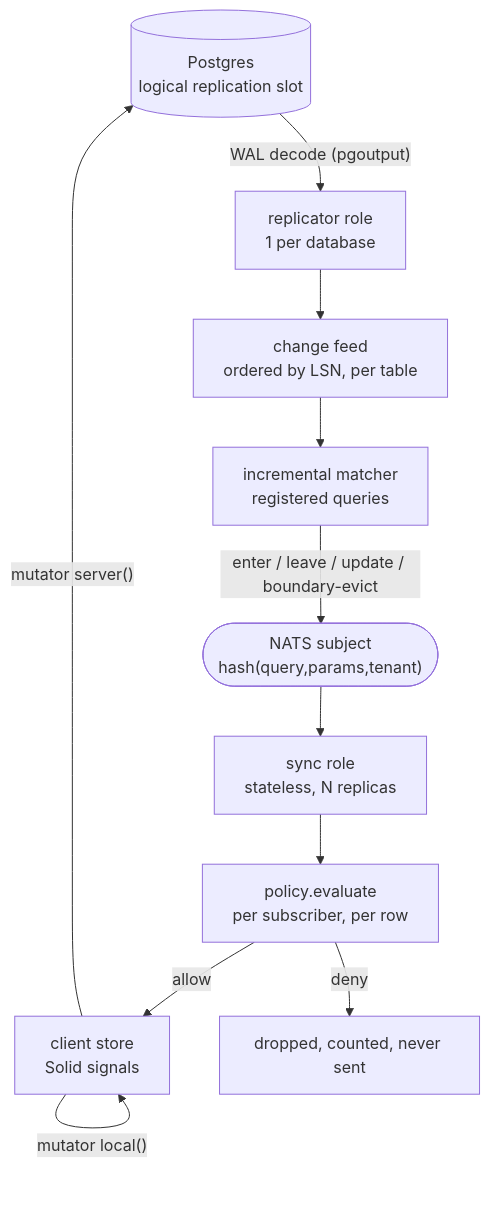
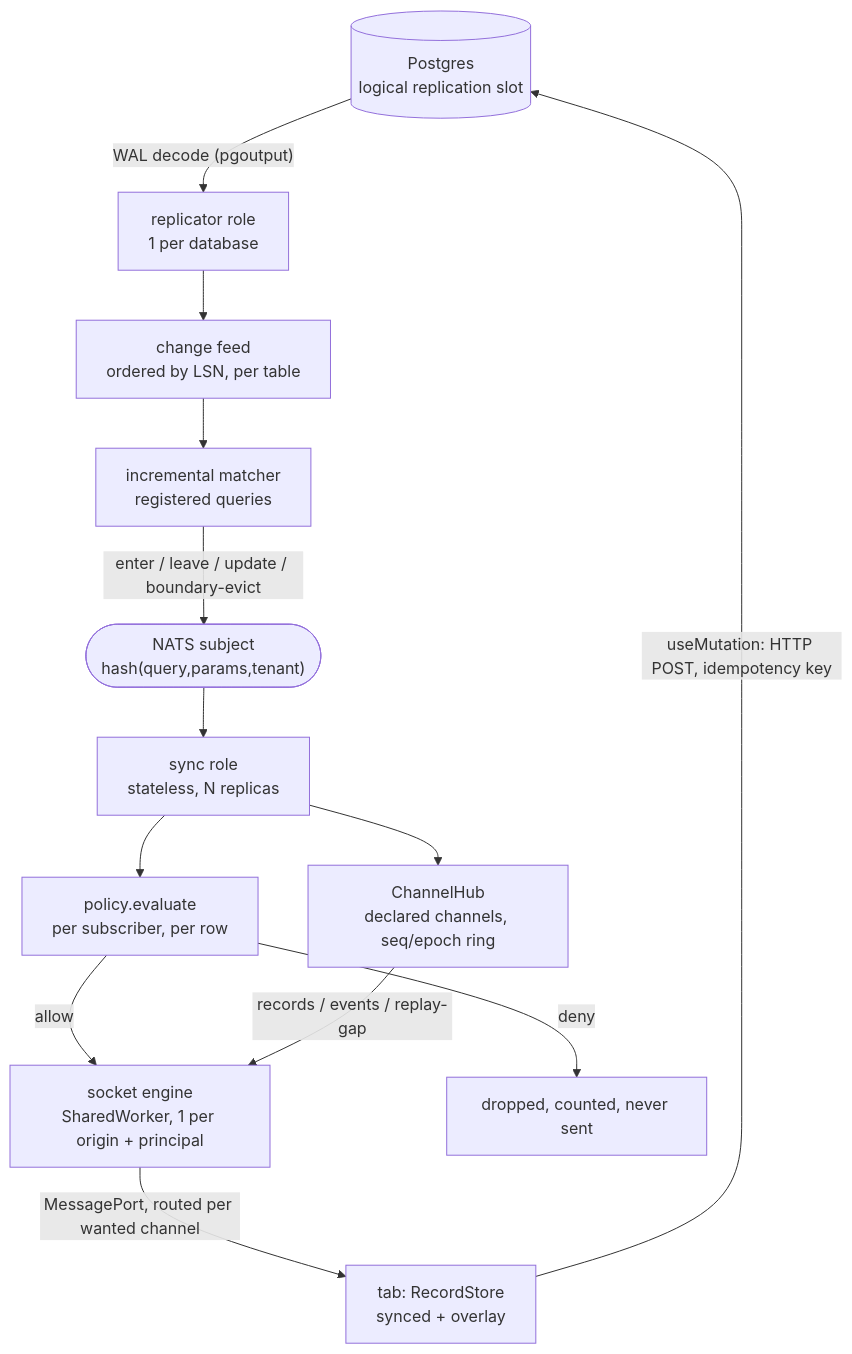
The diagram in docs/architecture/07-realtime-internals.md (developerz-ai/ultimate), drawn with Mermaid before and after one commit. The commit also changed other lines of this file and 617 other files, not shown here.

First line of the commit message:
feat!: one client store, one transport, one socket (plan 101, 21.0.0) (#504)

````diff
--- a/docs/architecture/07-realtime-internals.md
+++ b/docs/architecture/07-realtime-internals.md
@@ -7,22 +11,27 @@
 ```mermaid
 graph TD
   PG[("Postgres<br/>logical replication slot")]
   R["replicator role<br/>1 per database"]
   F["change feed<br/>ordered by LSN, per table"]
   M["incremental matcher<br/>registered queries"]
   N(["NATS subject<br/>hash(query,params,tenant)"])
   S["sync role<br/>stateless, N replicas"]
   P["policy.evaluate<br/>per subscriber, per row"]
-  C["client store<br/>Solid signals"]
+  H["ChannelHub<br/>declared channels, seq/epoch ring"]
+  W["socket engine<br/>SharedWorker, 1 per origin + principal"]
+  T["tab: RecordStore<br/>synced + overlay"]
+  X["dropped, counted, never sent"]
 
   PG -->|"WAL decode (pgoutput)"| R
   R --> F
   F --> M
   M -->|"enter / leave / update / boundary-evict"| N
   N --> S
   S --> P
-  P -->|allow| C
-  P -->|deny| X["dropped, counted, never sent"]
-  C -->|"mutator local()"| C
-  C -->|"mutator server()"| PG
+  S --> H
+  P -->|allow| W
+  P -->|deny| X
+  H -->|"records / events / replay-gap"| W
+  W -->|"MessagePort, routed per wanted channel"| T
+  T -->|"useMutation: HTTP POST, idempotency key"| PG
 ```
````
